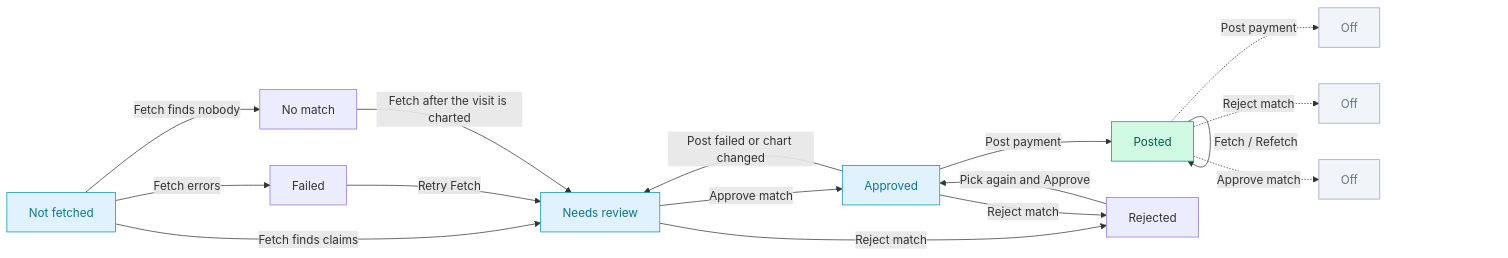
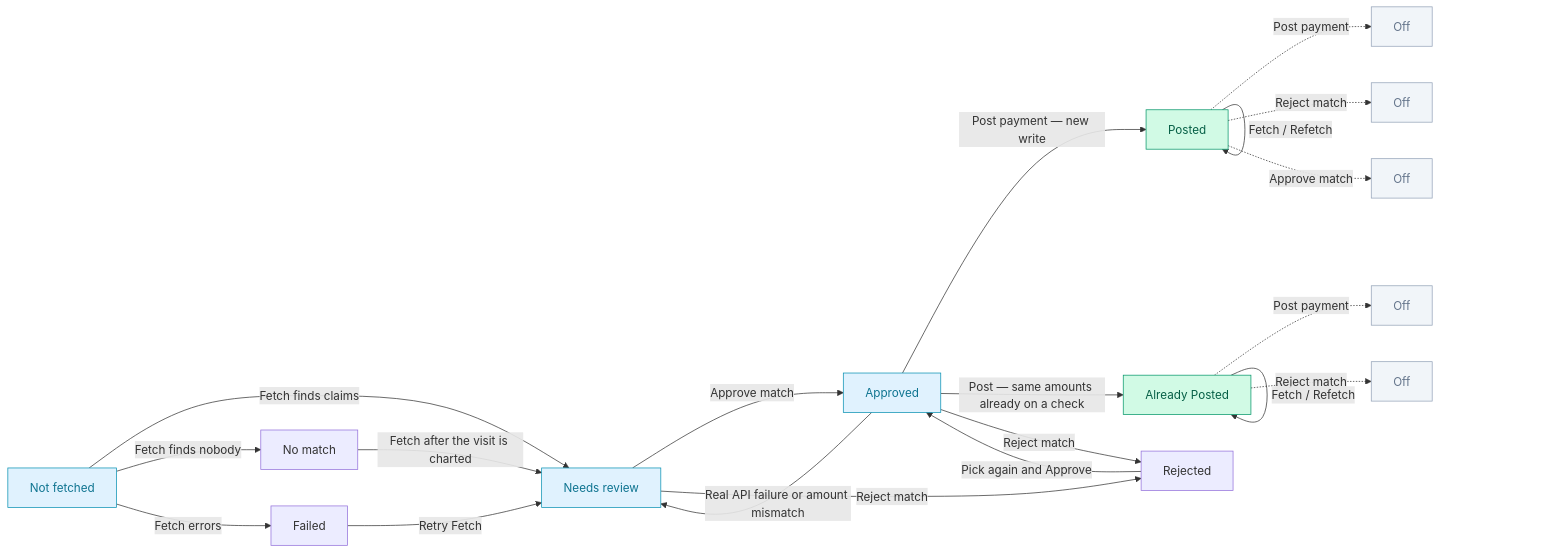
One commit to tools772/ordo-documentation changed the first of 3 diagrams in docs/workflows/statuses.md. Above: the diagram before and after it, drawn with Mermaid. The commit also changed other lines of this file and 7 other files, not shown here.

First line of the commit message:
Document Already Posted when Open Dental already has matching amounts.

````diff
--- a/docs/workflows/statuses.md
+++ b/docs/workflows/statuses.md
@@ -28,34 +28,39 @@
 ```mermaid
 flowchart LR
   NF[Not fetched]
   NR[Needs review]
   AP[Approved]
   PO[Posted]
+  AP2[Already Posted]
   RJ[Rejected]
   NM[No match]
   FL[Failed]
 
   NF -->|Fetch finds claims| NR
   NF -->|Fetch finds nobody| NM
   NF -->|Fetch errors| FL
   NR -->|Approve match| AP
   NR -->|Reject match| RJ
-  AP -->|Post payment| PO
+  AP -->|Post payment — new write| PO
+  AP -->|Post — same amounts already on a check| AP2
   AP -->|Reject match| RJ
-  AP -->|Post failed or chart changed| NR
+  AP -->|Real API failure or amount mismatch| NR
   FL -->|Retry Fetch| NR
   NM -->|Fetch after the visit is charted| NR
   RJ -->|Pick again and Approve| AP
 
   PO -.->|Post payment| X1[Off]
   PO -.->|Reject match| X2[Off]
   PO -.->|Approve match| X3[Off]
   PO -->|Fetch / Refetch| PO
+  AP2 -.->|Post payment| X4[Off]
+  AP2 -.->|Reject match| X5[Off]
+  AP2 -->|Fetch / Refetch| AP2
 
   classDef done fill:#d1fae5,stroke:#059669,color:#065f46
   classDef off fill:#f1f5f9,stroke:#94a3b8,color:#64748b
   classDef work fill:#e0f2fe,stroke:#0891b2,color:#0e7490
-  class PO done
-  class X1,X2,X3 off
+  class PO,AP2 done
+  class X1,X2,X3,X4,X5 off
   class NF,NR,AP work
 ```
````
